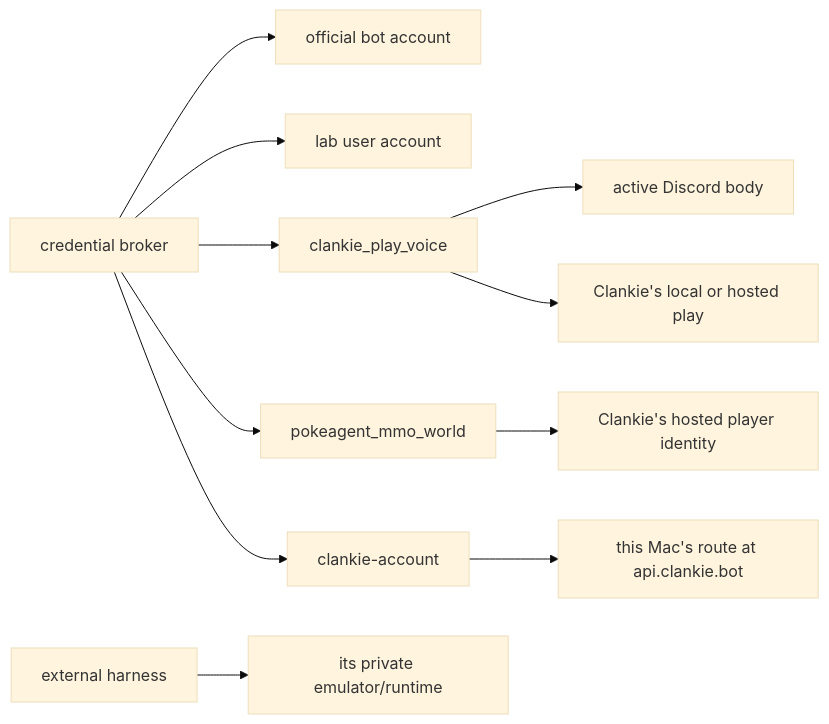
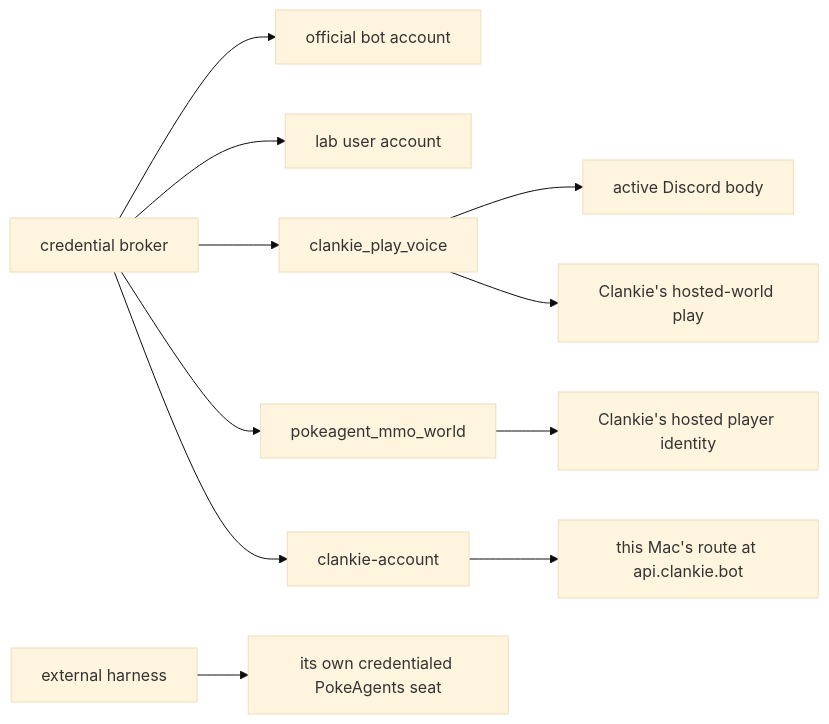
One commit to Volpestyle/clankie changed the first of 2 diagrams in docs/credentials.md. Above: the diagram before and after it, drawn with Mermaid (base theme). The commit also changed other lines of this file and 29 other files, not shown here.

````diff
--- a/docs/credentials.md
+++ b/docs/credentials.md
@@ -44,14 +44,14 @@
 ```mermaid
 flowchart LR
   Broker[credential broker]
   Broker --> Bot[official bot account]
   Broker --> User[lab user account]
   Broker --> PlayVoice[clankie_play_voice]
   Broker --> Seat[pokeagent_mmo_world]
   Broker --> Account[clankie-account]
   Account --> Doorway[this Mac's route at api.clankie.bot]
   PlayVoice --> Active[active Discord body]
-  PlayVoice --> ClankiePlay[Clankie's local or hosted play]
+  PlayVoice --> ClankiePlay[Clankie's hosted-world play]
   Seat --> ClankieSeat[Clankie's hosted player identity]
-  Harness[external harness] --> Private[its private emulator/runtime]
+  Harness[external harness] --> Private[its own credentialed PokeAgents seat]
 ```
````
